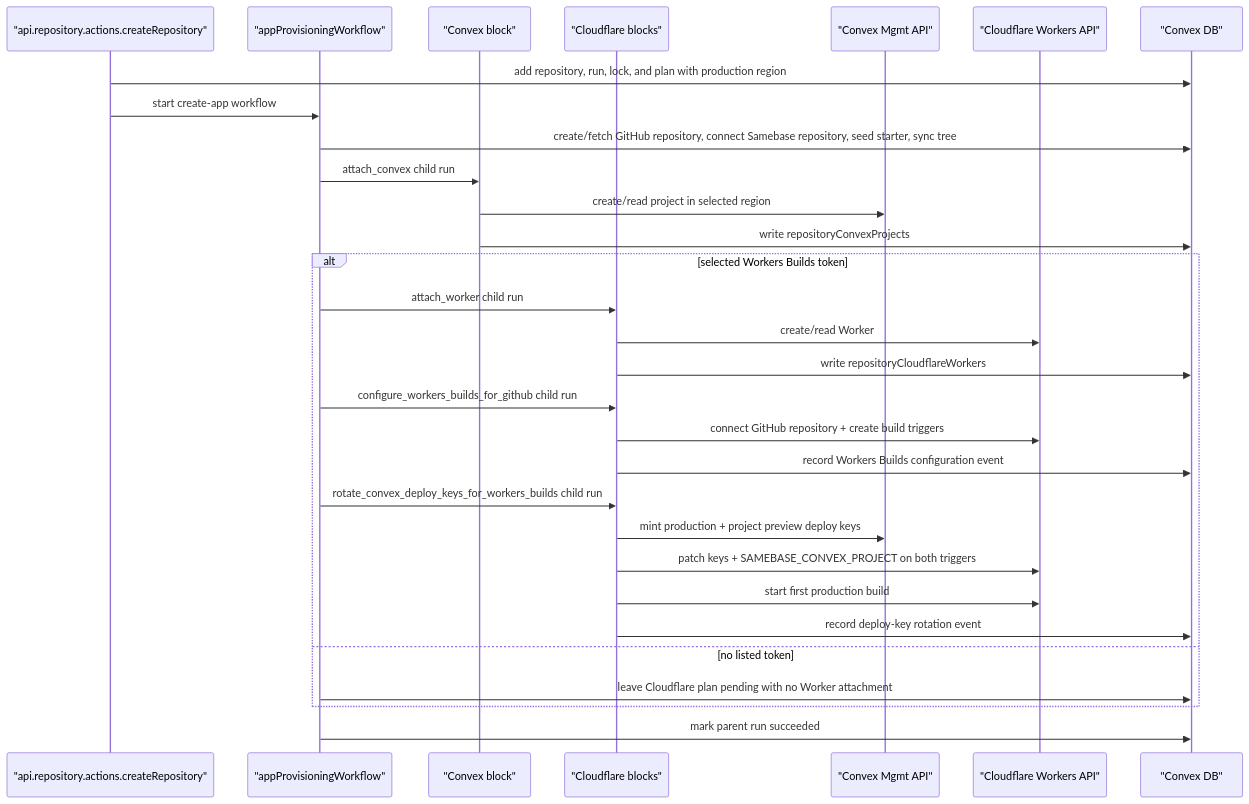
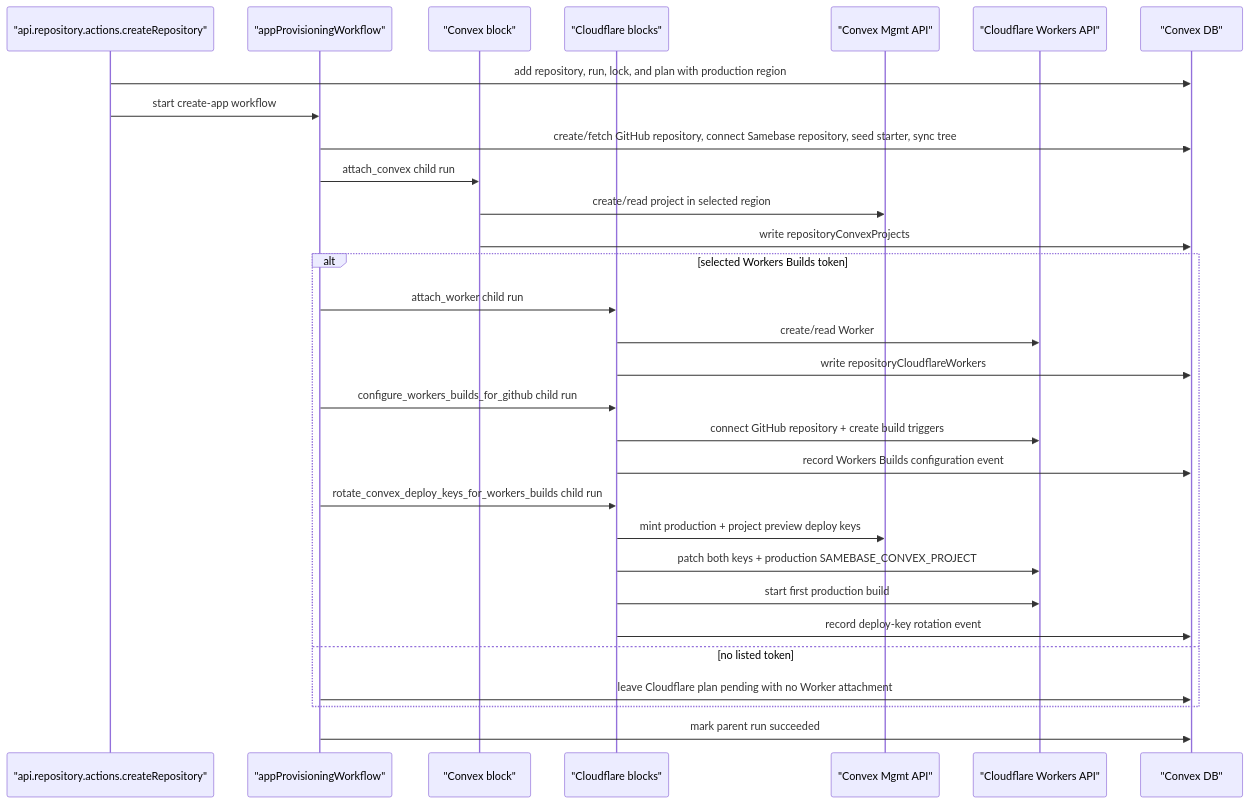
Before and after one commit to samebase/samebase: the diagram in specs/003_REPOSITORY_INFRA_PROVISIONING_SPEC.md, drawn with Mermaid. The commit also changed other lines of this file and 13 other files, not shown here.

````diff
--- a/specs/003_REPOSITORY_INFRA_PROVISIONING_SPEC.md
+++ b/specs/003_REPOSITORY_INFRA_PROVISIONING_SPEC.md
@@ -434,33 +434,33 @@
 ```mermaid
 sequenceDiagram
   participant VA as "api.repository.actions.createRepository"
   participant WF as "appProvisioningWorkflow"
   participant CVXB as "Convex block"
   participant CFB as "Cloudflare blocks"
   participant CVX as "Convex Mgmt API"
   participant CFL as "Cloudflare Workers API"
   participant DB as "Convex DB"
 
   VA->>DB: add repository, run, lock, and plan with production region
   VA->>WF: start create-app workflow
   WF->>DB: create/fetch GitHub repository, connect Samebase repository, seed starter, sync tree
   WF->>CVXB: attach_convex child run
   CVXB->>CVX: create/read project in selected region
   CVXB->>DB: write repositoryConvexProjects
   alt selected Workers Builds token
     WF->>CFB: attach_worker child run
     CFB->>CFL: create/read Worker
     CFB->>DB: write repositoryCloudflareWorkers
     WF->>CFB: configure_workers_builds_for_github child run
     CFB->>CFL: connect GitHub repository + create build triggers
     CFB->>DB: record Workers Builds configuration event
     WF->>CFB: rotate_convex_deploy_keys_for_workers_builds child run
     CFB->>CVX: mint production + project preview deploy keys
-    CFB->>CFL: patch keys + SAMEBASE_CONVEX_PROJECT on both triggers
+    CFB->>CFL: patch both keys + production SAMEBASE_CONVEX_PROJECT
     CFB->>CFL: start first production build
     CFB->>DB: record deploy-key rotation event
   else no listed token
     WF->>DB: leave Cloudflare plan pending with no Worker attachment
   end
   WF->>DB: mark parent run succeeded
 ```
````
